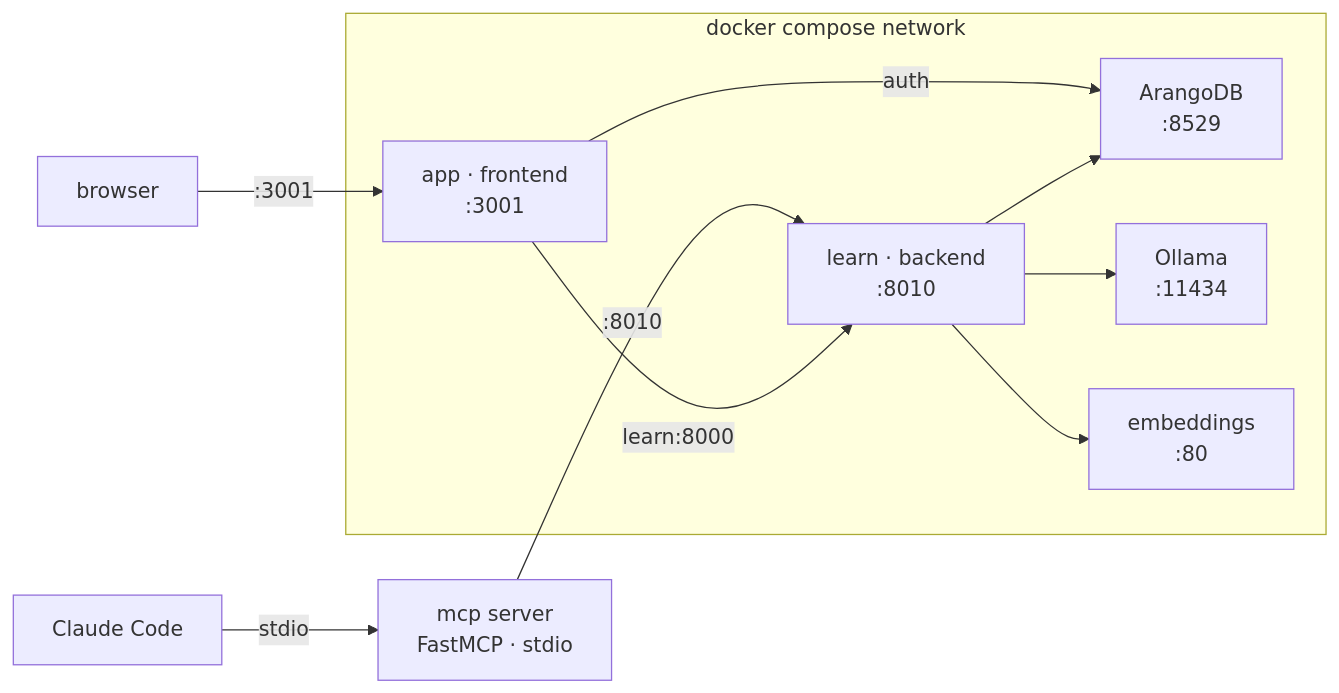
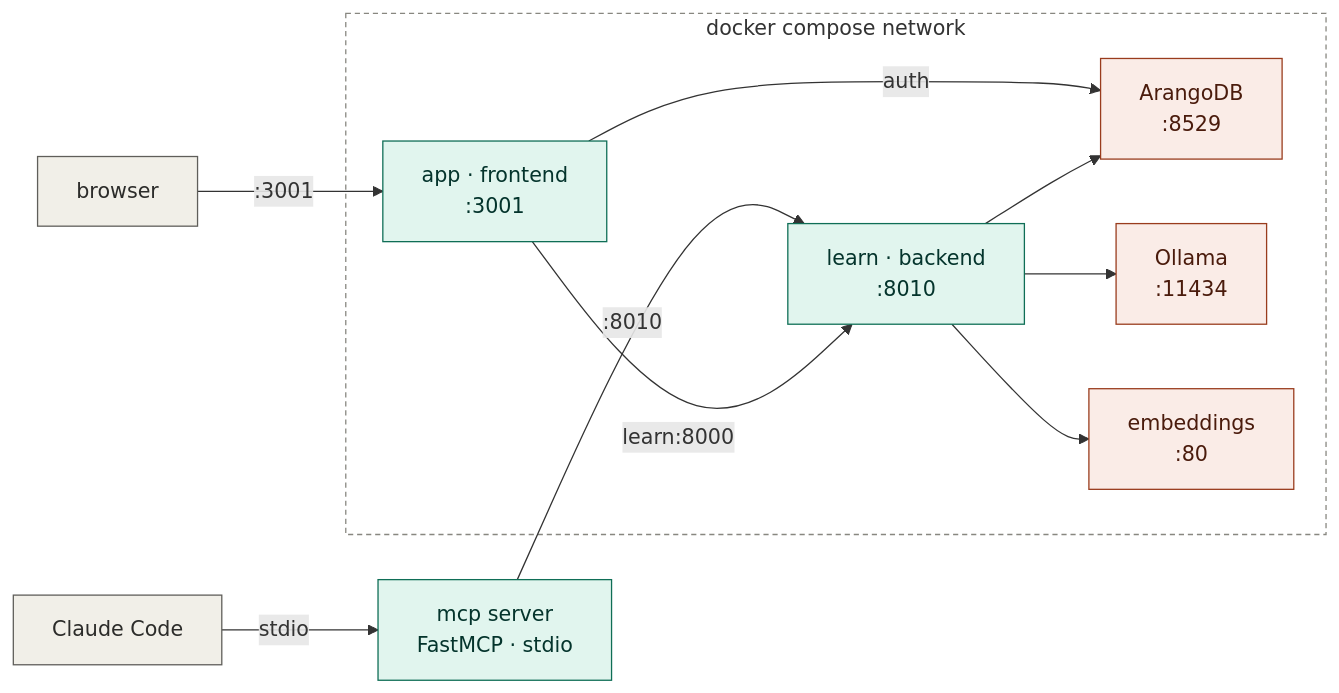
Before and after one commit to Aiden-Ferrante/learnhub-core: the first of 3 diagrams in MAP.md, drawn with Mermaid. The commit also changed other lines of this file, not shown here.

First line of the commit message:
MAP.md: color the diagrams (classDef) + honest note on GitHub click-through

````diff
--- a/MAP.md
+++ b/MAP.md
@@ -16,29 +22,36 @@
 ```mermaid
 flowchart LR
   browser["browser"]
   claude["Claude Code"]
 
   subgraph compose["docker compose network"]
     app["app · frontend<br/>:3001"]
     learn["learn · backend<br/>:8010"]
     arango["ArangoDB<br/>:8529"]
     ollama["Ollama<br/>:11434"]
     embed["embeddings<br/>:80"]
   end
 
   mcp["mcp server<br/>FastMCP · stdio"]
 
-  browser -->|":3001"| app
+  browser -->|:3001| app
   claude -->|stdio| mcp
-  mcp -->|":8010"| learn
-  app -->|"learn:8000"| learn
+  mcp -->|:8010| learn
+  app -->|learn:8000| learn
   app -->|auth| arango
   learn --> arango
   learn --> ollama
   learn --> embed
 
+  classDef client fill:#F1EFE8,stroke:#5F5E5A,color:#2C2C2A;
+  classDef built fill:#E1F5EE,stroke:#0F6E56,color:#04342C;
+  classDef tool fill:#FAECE7,stroke:#993C1D,color:#4A1B0C;
+  class browser,claude client;
+  class app,learn,mcp built;
+  class arango,ollama,embed tool;
+  style compose fill:none,stroke:#888780,stroke-dasharray:4 3;
+
   click app "https://github.com/Aiden-Ferrante/learnhub/tree/main/frontend" "frontend/"
   click learn "https://github.com/Aiden-Ferrante/learnhub/tree/main/backend" "backend/"
   click mcp "https://github.com/Aiden-Ferrante/learnhub/blob/main/mcp/server.py" "mcp/server.py"
-  click compose "https://github.com/Aiden-Ferrante/learnhub/tree/main/deploy/compose" "deploy/compose/"
 ```
````
